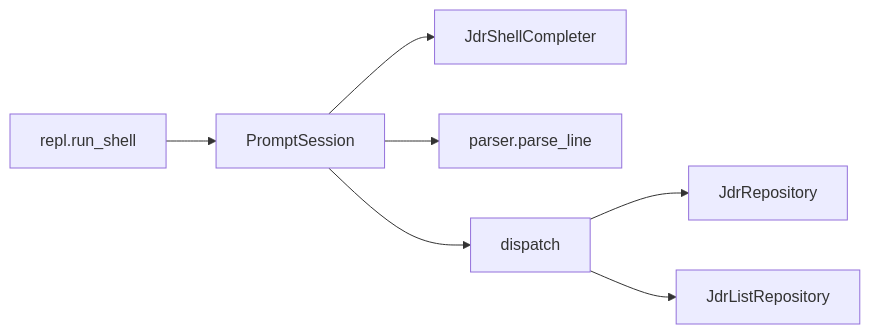
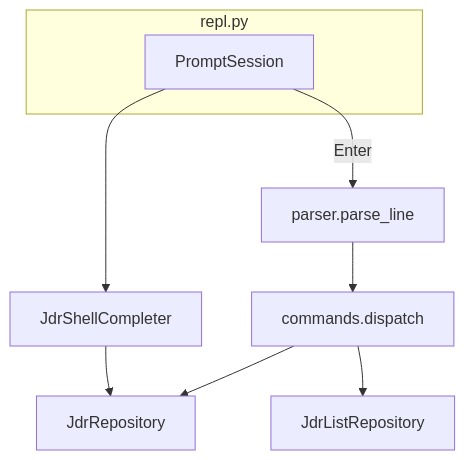
Before and after one commit to Primica/exampy: the first of 2 diagrams in docs/application/shell.md, drawn with Mermaid. The commit also changed other lines of this file and 8 other files, not shown here.

````diff
--- a/docs/application/shell.md
+++ b/docs/application/shell.md
@@ -5,16 +5,17 @@
 ```mermaid
-flowchart LR
-  Repl[repl.run_shell]
-  PS[PromptSession]
-  Comp[JdrShellCompleter]
-  Parse[parser.parse_line]
-  Disp[dispatch]
+flowchart TB
+  subgraph repl_mod["repl.py"]
+    PS[PromptSession]
+  end
+  PAR[parser.parse_line]
+  DIS[commands.dispatch]
+  CMP[JdrShellCompleter]
   JR[JdrRepository]
   JL[JdrListRepository]
-  Repl --> PS
-  PS --> Comp
-  PS --> Parse
-  PS --> Disp
-  Disp --> JR
-  Disp --> JL
+  PS --> CMP
+  PS -->|Enter| PAR
+  PAR --> DIS
+  DIS --> JR
+  DIS --> JL
+  CMP --> JR
 ```
````
